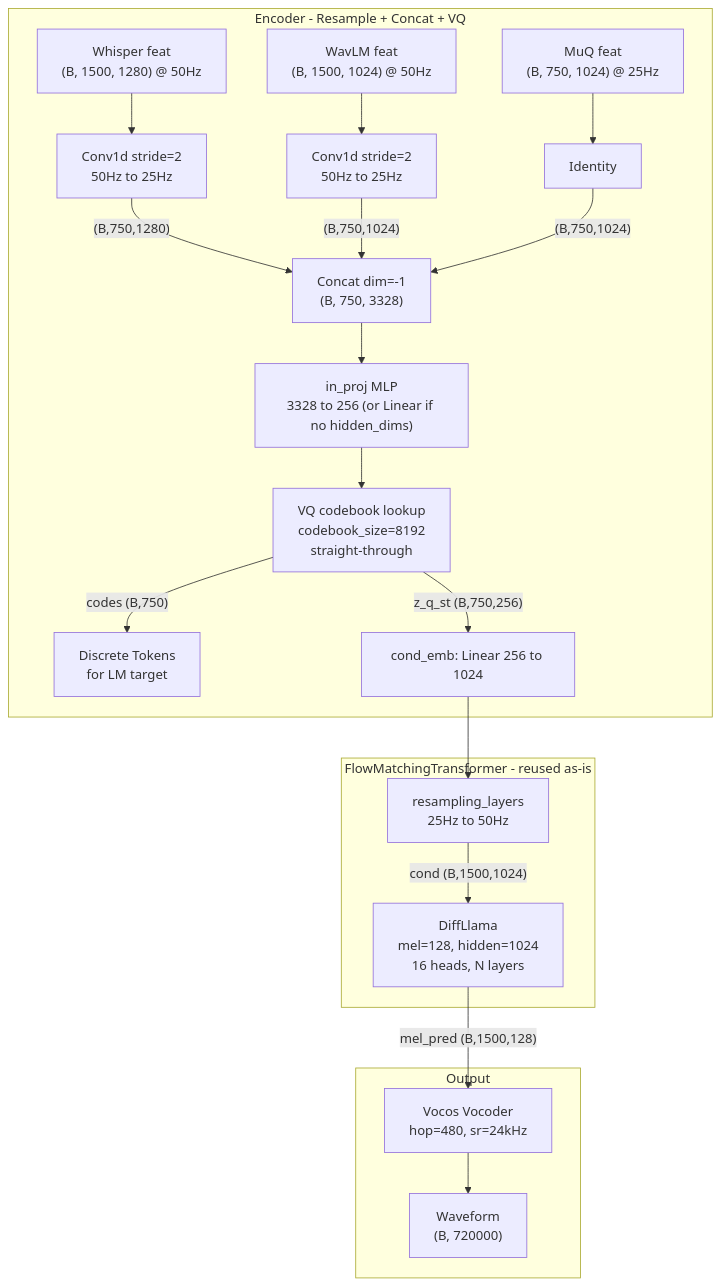
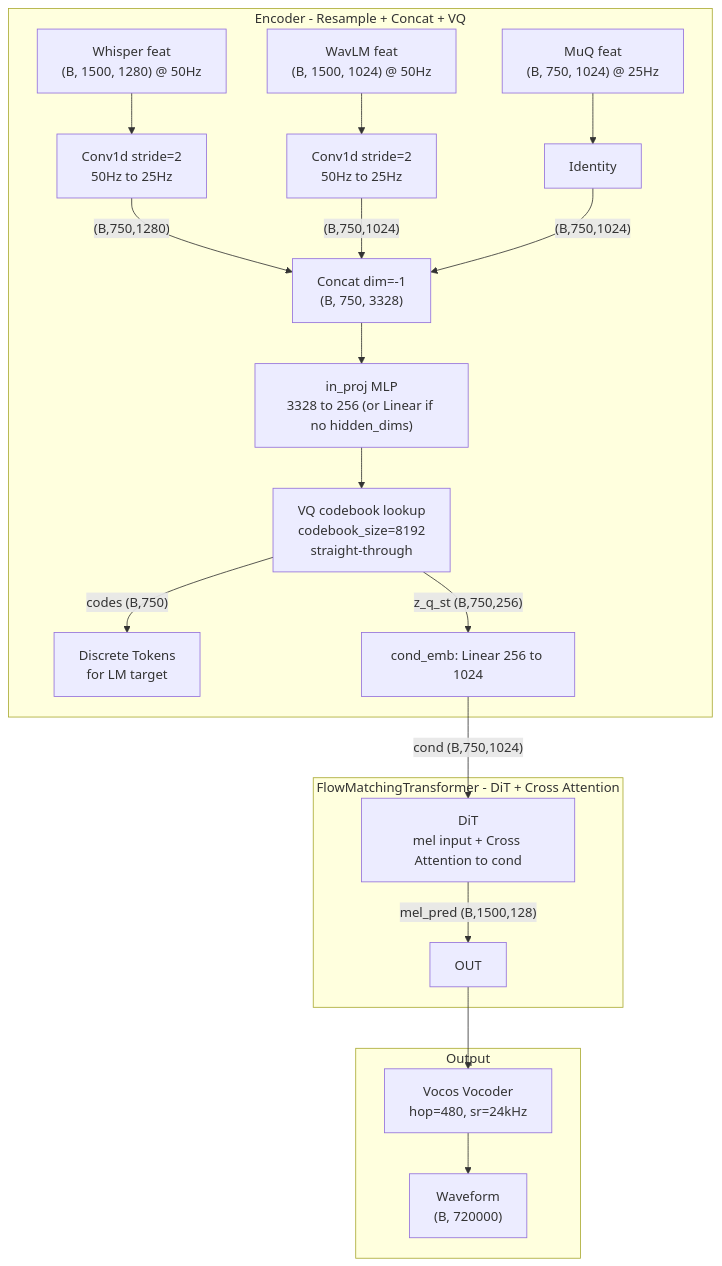
One commit to ezmonyi/music-codec changed the diagram in ARCHITECTURE.md. Above: the diagram before and after it, drawn with Mermaid. The commit also changed other lines of this file and 5 other files, not shown here.

````diff
--- a/ARCHITECTURE.md
+++ b/ARCHITECTURE.md
@@ -7,31 +7,31 @@
 ```mermaid
 flowchart TD
     subgraph encoder [Encoder - Resample + Concat + VQ]
         W["Whisper feat\n(B, 1500, 1280) @ 50Hz"]
         WL["WavLM feat\n(B, 1500, 1024) @ 50Hz"]
         M["MuQ feat\n(B, 750, 1024) @ 25Hz"]
         
         W --> WR["Conv1d stride=2\n50Hz to 25Hz"]
         WL --> WLR["Conv1d stride=2\n50Hz to 25Hz"]
         M --> MID["Identity"]
         
         WR -->|"(B,750,1280)"| CAT["Concat dim=-1\n(B, 750, 3328)"]
         WLR -->|"(B,750,1024)"| CAT
         MID -->|"(B,750,1024)"| CAT
 
         CAT --> INPROJ["in_proj MLP\n3328 to 256 (or Linear if no hidden_dims)"]
         INPROJ --> VQ["VQ codebook lookup\ncodebook_size=8192\nstraight-through"]
         VQ -->|"codes (B,750)"| CODES["Discrete Tokens\nfor LM target"]
         VQ -->|"z_q_st (B,750,256)"| CFM
     end
 
-    subgraph cfm [FlowMatchingTransformer - reused as-is]
-        CFM["cond_emb: Linear 256 to 1024"] --> RESAMP["resampling_layers\n25Hz to 50Hz"]
-        RESAMP -->|"cond (B,1500,1024)"| LLAMA["DiffLlama\nmel=128, hidden=1024\n16 heads, N layers"]
+    subgraph cfm [FlowMatchingTransformer - DiT + Cross Attention]
+        CFM["cond_emb: Linear 256 to 1024"] -->|"cond (B,750,1024)"| DIT["DiT\nmel input + Cross Attention to cond"]
+        DIT -->|"mel_pred (B,1500,128)"| OUT
     end
     
     subgraph output [Output]
-        LLAMA -->|"mel_pred (B,1500,128)"| VOC["Vocos Vocoder\nhop=480, sr=24kHz"]
+        OUT --> VOC["Vocos Vocoder\nhop=480, sr=24kHz"]
         VOC --> AUDIO["Waveform\n(B, 720000)"]
     end
 ```
````
